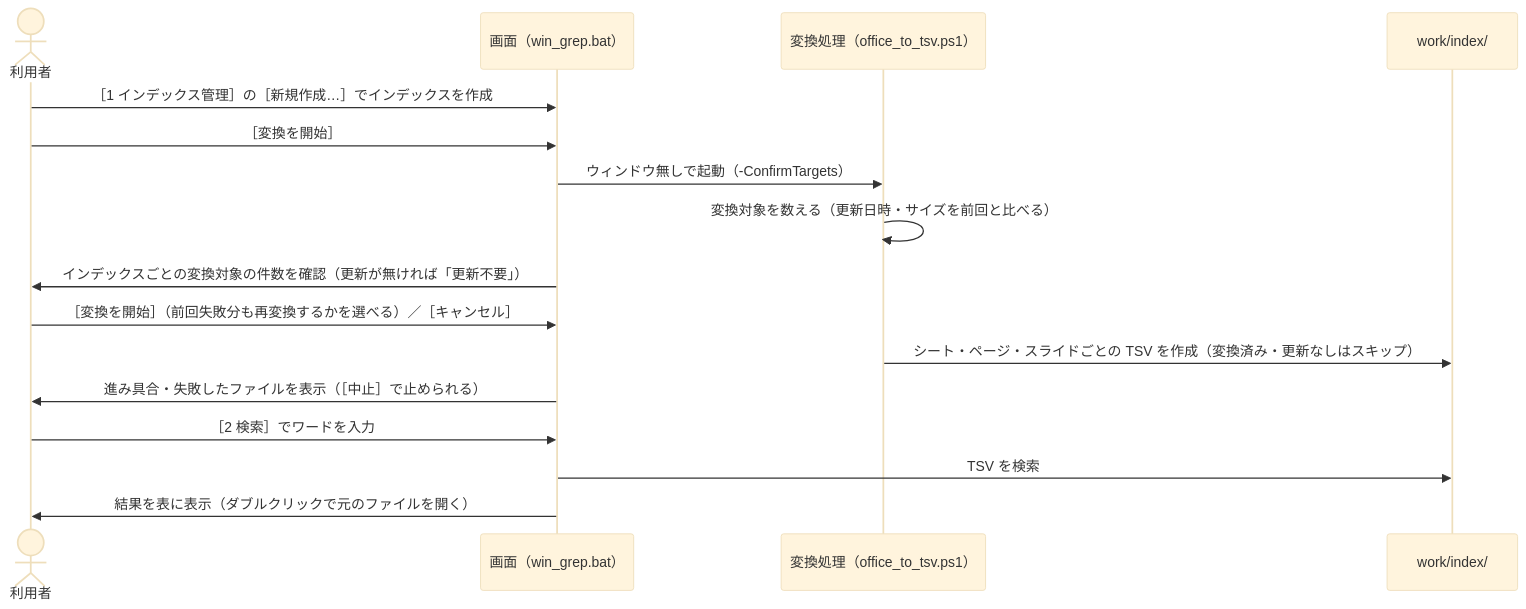
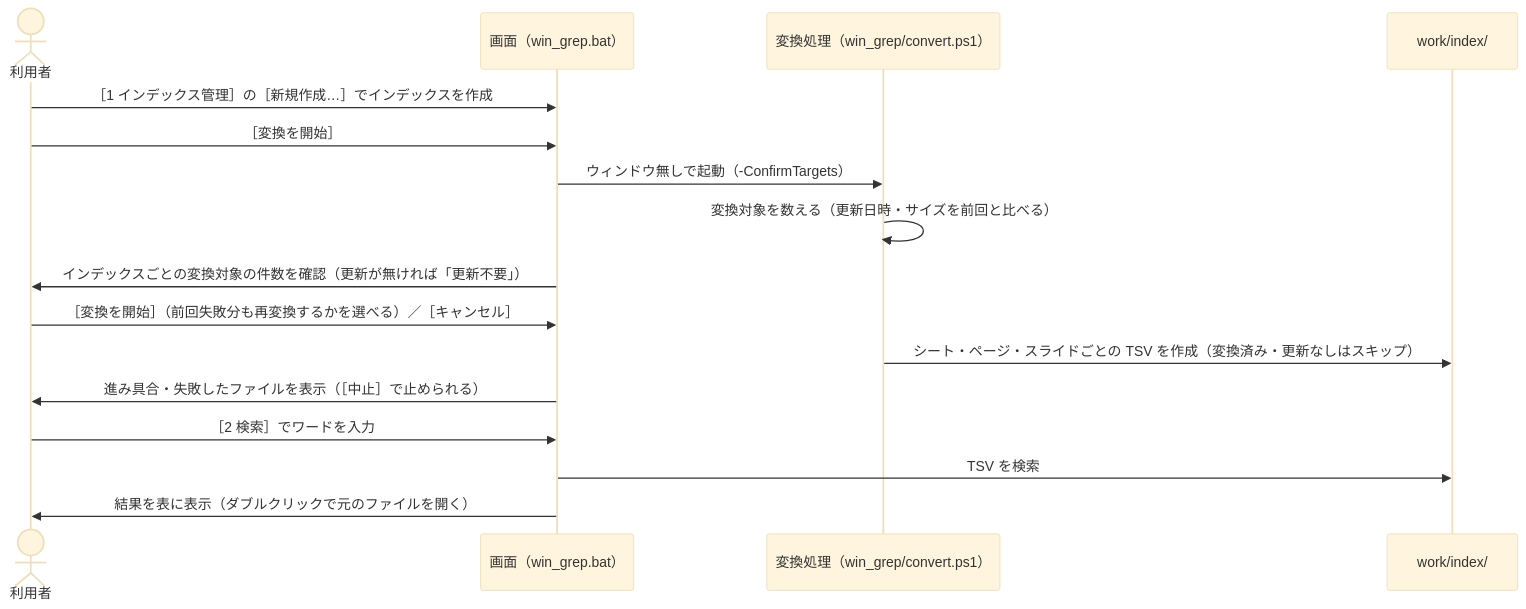
One commit to hsgwa/tebunko changed the second of 2 diagrams in docs/00_index.md. Above: the diagram before and after it, drawn with Mermaid (base theme). The commit also changed other lines of this file and 18 other files, not shown here.

````diff
--- a/docs/00_index.md
+++ b/docs/00_index.md
@@ -122,19 +146,19 @@
 ```mermaid
 sequenceDiagram
     actor U as 利用者
     participant G as 画面（win_grep.bat）
-    participant CV as 変換処理（office_to_tsv.ps1）
+    participant CV as 変換処理（win_grep/convert.ps1）
     participant W as work/index/
 
     U->>G: ［1 インデックス管理］の［新規作成…］でインデックスを作成
     U->>G: ［変換を開始］
     G->>CV: ウィンドウ無しで起動（-ConfirmTargets）
     CV->>CV: 変換対象を数える（更新日時・サイズを前回と比べる）
     G->>U: インデックスごとの変換対象の件数を確認（更新が無ければ「更新不要」）
     U->>G: ［変換を開始］（前回失敗分も再変換するかを選べる）／［キャンセル］
     CV->>W: シート・ページ・スライドごとの TSV を作成（変換済み・更新なしはスキップ）
     G->>U: 進み具合・失敗したファイルを表示（［中止］で止められる）
     U->>G: ［2 検索］でワードを入力
     G->>W: TSV を検索
     G->>U: 結果を表に表示（ダブルクリックで元のファイルを開く）
 ```
````
